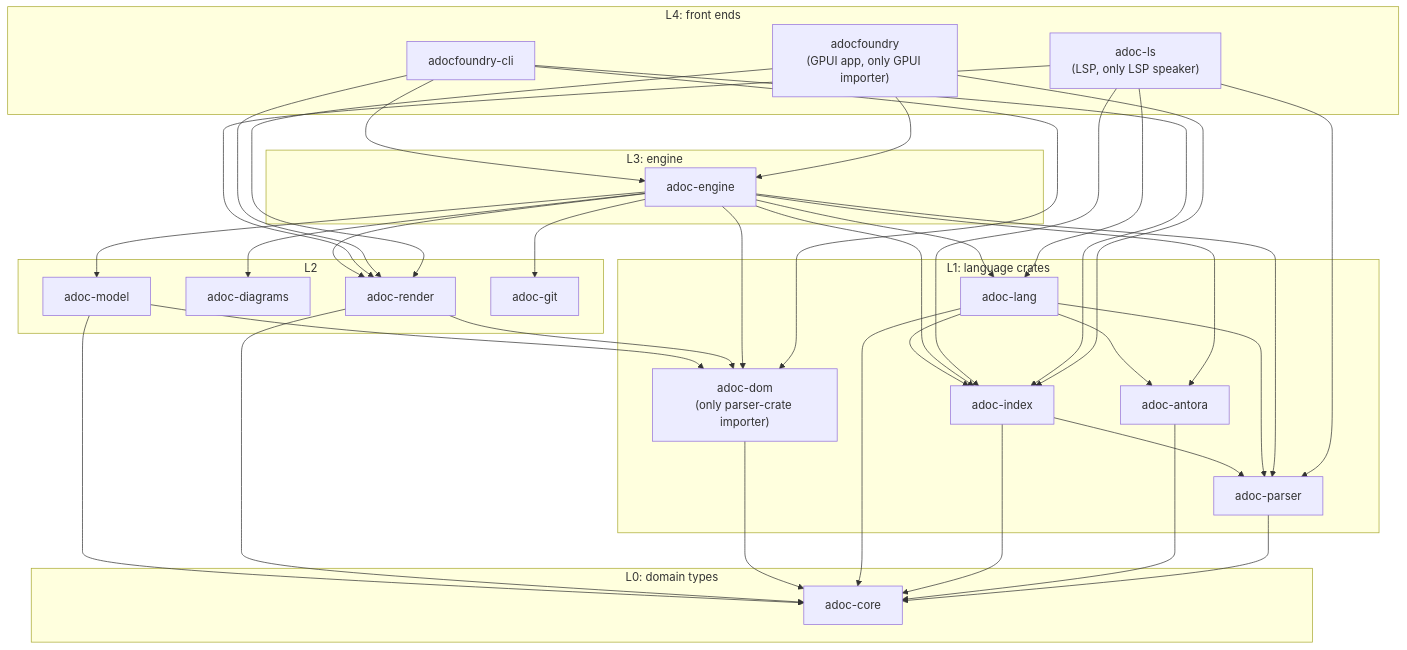
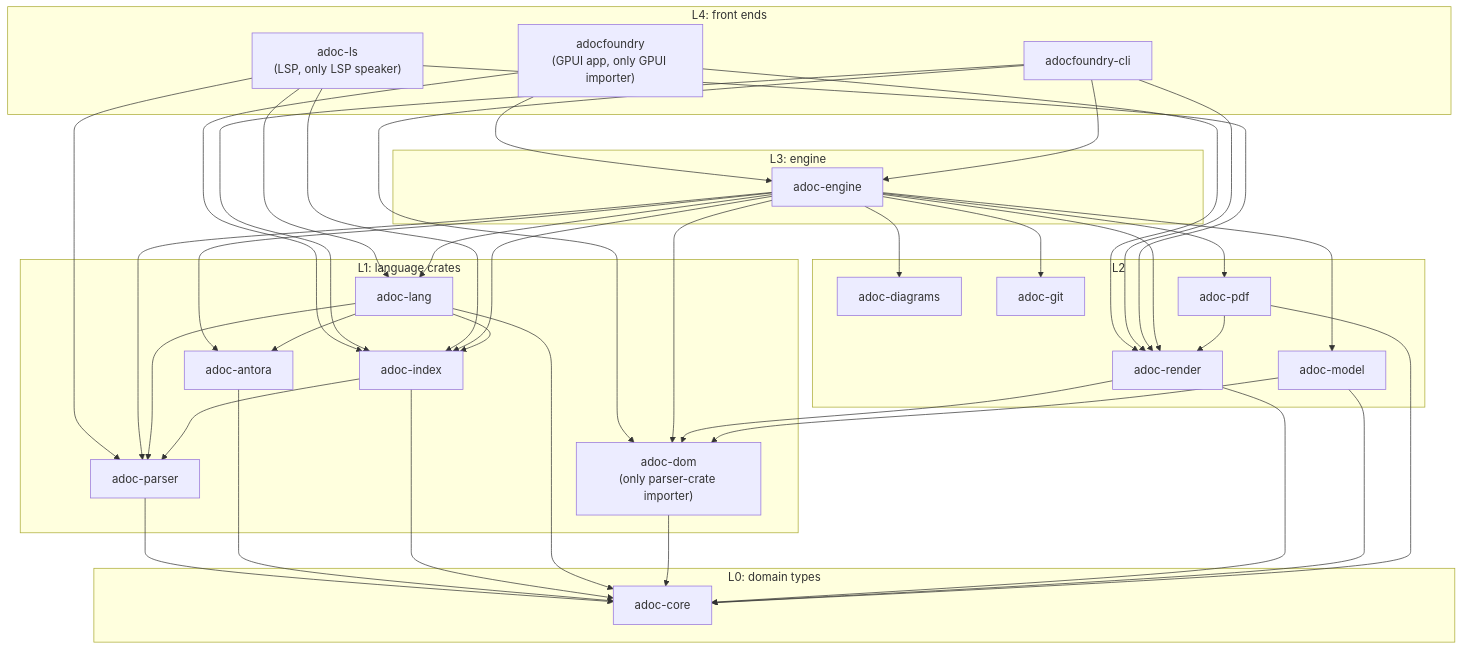
Before and after one commit to bovinemagnet/AdocFoundry: the diagram in src/docs/modules/developer/examples/crate-layers.mmd, drawn with Mermaid. The commit also changed 136 other files, not shown here.

```diff
--- a/src/docs/modules/developer/examples/crate-layers.mmd
+++ b/src/docs/modules/developer/examples/crate-layers.mmd
@@ -1,58 +1,62 @@
 flowchart TD
     subgraph L4["L4: front ends"]
         app["adocfoundry<br/>(GPUI app, only GPUI importer)"]
         cli["adocfoundry-cli"]
         ls["adoc-ls<br/>(LSP, only LSP speaker)"]
     end
     subgraph L3["L3: engine"]
         engine["adoc-engine"]
     end
     subgraph L2["L2"]
         render["adoc-render"]
         diagrams["adoc-diagrams"]
         model["adoc-model"]
         git["adoc-git"]
+        pdf["adoc-pdf"]
     end
     subgraph L1["L1: language crates"]
         parser["adoc-parser"]
         dom["adoc-dom<br/>(only parser-crate importer)"]
         antora["adoc-antora"]
         index["adoc-index"]
         lang["adoc-lang"]
     end
     subgraph L0["L0: domain types"]
         core["adoc-core"]
     end
     app --> engine
     app --> index
     app --> render
     cli --> engine
     cli --> index
     cli --> render
     cli --> dom
     ls --> lang
     ls --> index
     ls --> parser
     ls --> render
     engine --> lang
     engine --> index
     engine --> antora
     engine --> parser
     engine --> dom
     engine --> render
     engine --> diagrams
     engine --> model
     engine --> git
+    engine --> pdf
+    pdf --> render
     render --> dom
     model --> dom
     lang --> index
     lang --> antora
     lang --> parser
     index --> parser
     parser --> core
     antora --> core
     index --> core
     lang --> core
     dom --> core
     render --> core
     model --> core
+    pdf --> core
```
